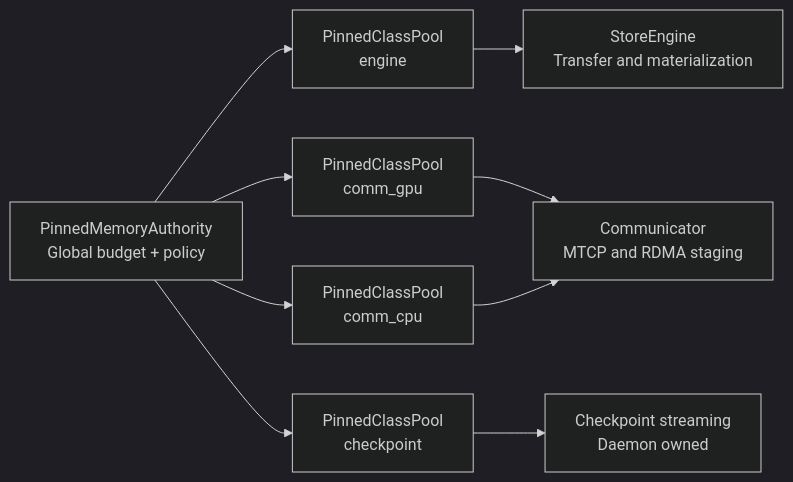
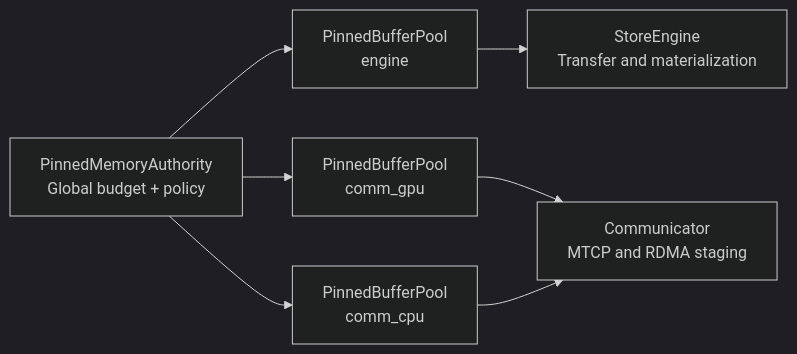
Before and after one commit to tensorcast-ai/tensorcast: the diagram in docs/designs/0043-unified-pinned-memory-authority.md, drawn with Mermaid (dark theme). The commit also changed other lines of this file and 87 other files, not shown here.

````diff
--- a/docs/designs/0043-unified-pinned-memory-authority.md
+++ b/docs/designs/0043-unified-pinned-memory-authority.md
@@ -53,16 +54,13 @@
 ```mermaid
 flowchart LR
   PMA["PinnedMemoryAuthority<br>Global budget + policy"]
-  ENGPOOL["PinnedClassPool<br>engine"]
-  CGPU["PinnedClassPool<br>comm_gpu"]
-  CCPU["PinnedClassPool<br>comm_cpu"]
-  CKPTPOOL["PinnedClassPool<br>checkpoint"]
+  ENGPOOL["PinnedBufferPool<br>engine"]
+  CGPU["PinnedBufferPool<br>comm_gpu"]
+  CCPU["PinnedBufferPool<br>comm_cpu"]
   SE["StoreEngine<br>Transfer and materialization"]
   COMM["Communicator<br>MTCP and RDMA staging"]
-  CKPT["Checkpoint streaming<br>Daemon owned"]
 
   PMA --> ENGPOOL --> SE
   PMA --> CGPU --> COMM
   PMA --> CCPU --> COMM
-  PMA --> CKPTPOOL --> CKPT
 ```
````
